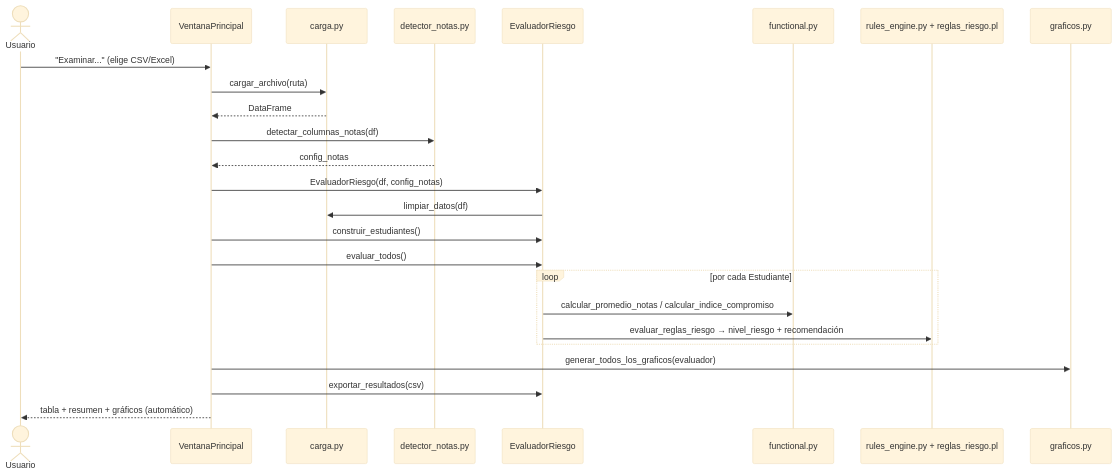
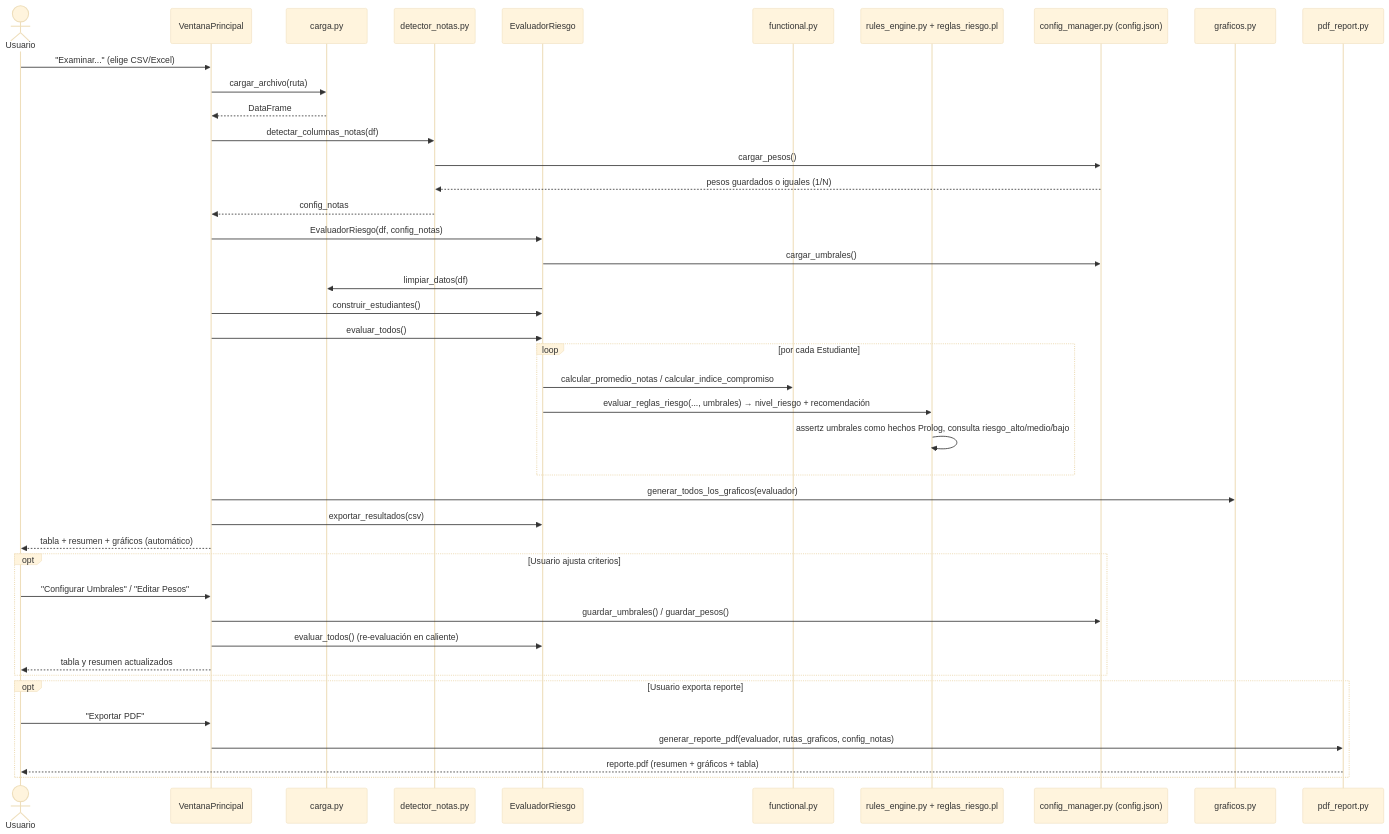
The third of 3 diagrams in src/docs/DOCUMENTACION.md (Andres-leon-fernandez/analisis-de-rendimiento-estudiantil), drawn with Mermaid (base theme) before and after one commit. The commit also changed other lines of this file and 8 other files, not shown here.

````diff
--- a/src/docs/DOCUMENTACION.md
+++ b/src/docs/DOCUMENTACION.md
@@ -129,28 +157,47 @@
 ```mermaid
 sequenceDiagram
     actor Usuario
     participant GUI as VentanaPrincipal
     participant Carga as carga.py
     participant Detector as detector_notas.py
     participant Eval as EvaluadorRiesgo
     participant Func as functional.py
     participant Reglas as rules_engine.py + reglas_riesgo.pl
+    participant Cfg as config_manager.py (config.json)
     participant Graf as graficos.py
+    participant PDF as pdf_report.py
 
     Usuario->>GUI: "Examinar..." (elige CSV/Excel)
     GUI->>Carga: cargar_archivo(ruta)
     Carga-->>GUI: DataFrame
     GUI->>Detector: detectar_columnas_notas(df)
+    Detector->>Cfg: cargar_pesos()
+    Cfg-->>Detector: pesos guardados o iguales (1/N)
     Detector-->>GUI: config_notas
     GUI->>Eval: EvaluadorRiesgo(df, config_notas)
+    Eval->>Cfg: cargar_umbrales()
     Eval->>Carga: limpiar_datos(df)
     GUI->>Eval: construir_estudiantes()
     GUI->>Eval: evaluar_todos()
     loop por cada Estudiante
         Eval->>Func: calcular_promedio_notas / calcular_indice_compromiso
-        Eval->>Reglas: evaluar_reglas_riesgo → nivel_riesgo + recomendación
+        Eval->>Reglas: evaluar_reglas_riesgo(..., umbrales) → nivel_riesgo + recomendación
+        Reglas->>Reglas: assertz umbrales como hechos Prolog, consulta riesgo_alto/medio/bajo
     end
     GUI->>Graf: generar_todos_los_graficos(evaluador)
     GUI->>Eval: exportar_resultados(csv)
     GUI-->>Usuario: tabla + resumen + gráficos (automático)
+
+    opt Usuario ajusta criterios
+        Usuario->>GUI: "Configurar Umbrales" / "Editar Pesos"
+        GUI->>Cfg: guardar_umbrales() / guardar_pesos()
+        GUI->>Eval: evaluar_todos() (re-evaluación en caliente)
+        GUI-->>Usuario: tabla y resumen actualizados
+    end
+
+    opt Usuario exporta reporte
+        Usuario->>GUI: "Exportar PDF"
+        GUI->>PDF: generar_reporte_pdf(evaluador, rutas_graficos, config_notas)
+        PDF-->>Usuario: reporte.pdf (resumen + gráficos + tabla)
+    end
 ```
````
